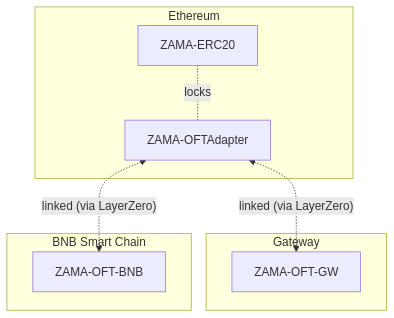
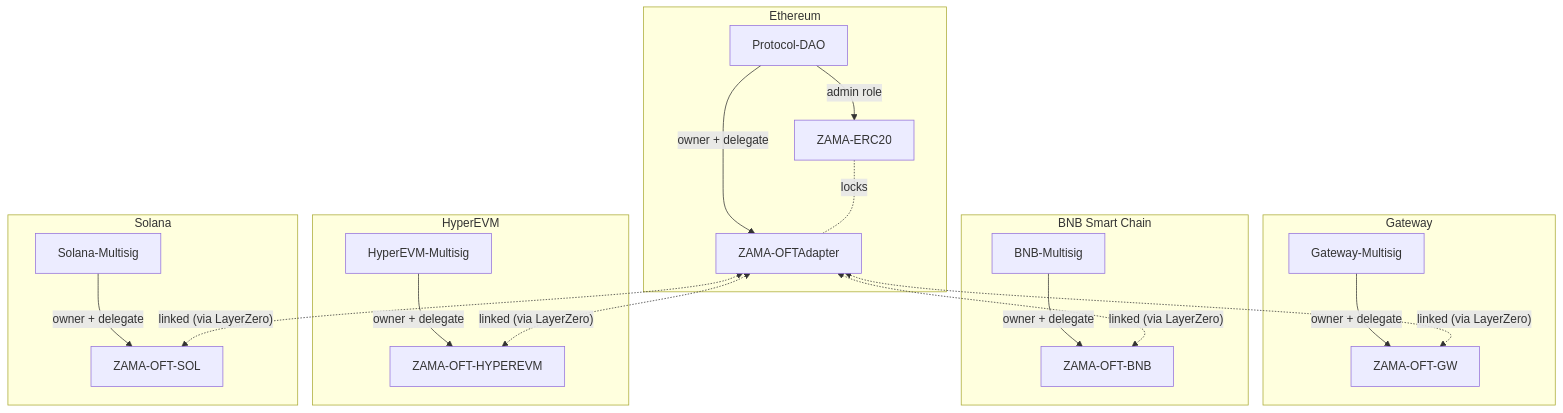
One commit to zama-ai/protocol-apps changed the diagram in docs/zama-token.md. Above: the diagram before and after it, drawn with Mermaid. The commit also changed other lines of this file and 17 other files, not shown here.

Commit message:
docs: improve documentation with (chains, bridges, new diagrams)

````diff
--- a/docs/zama-token.md
+++ b/docs/zama-token.md
@@ -14,19 +18,45 @@
 ```mermaid
 flowchart
     subgraph Ethereum
+        Protocol-DAO
         ZAMA-ERC20
         ZAMA-OFTAdapter
+
+        Protocol-DAO -- admin role --> ZAMA-ERC20
+        Protocol-DAO -- owner + delegate --> ZAMA-OFTAdapter
         ZAMA-ERC20 -. locks .- ZAMA-OFTAdapter
     end
 
     subgraph Gateway
+        Gateway-Multisig
         ZAMA-OFT-GW
+
+        Gateway-Multisig -- owner + delegate --> ZAMA-OFT-GW
     end
 
     subgraph BNB Smart Chain
+        BNB-Multisig
         ZAMA-OFT-BNB
+
+        BNB-Multisig -- owner + delegate --> ZAMA-OFT-BNB
+    end
+
+    subgraph HyperEVM
+        HyperEVM-Multisig
+        ZAMA-OFT-HYPEREVM
+
+        HyperEVM-Multisig -- owner + delegate --> ZAMA-OFT-HYPEREVM
+    end
+
+    subgraph Solana
+        Solana-Multisig
+        ZAMA-OFT-SOL
+
+        Solana-Multisig -- owner + delegate --> ZAMA-OFT-SOL
     end
 
     ZAMA-OFTAdapter <-. linked (via LayerZero) .-> ZAMA-OFT-GW
     ZAMA-OFTAdapter <-. linked (via LayerZero) .-> ZAMA-OFT-BNB
+    ZAMA-OFTAdapter <-. linked (via LayerZero) .-> ZAMA-OFT-HYPEREVM
+    ZAMA-OFTAdapter <-. linked (via LayerZero) .-> ZAMA-OFT-SOL
 ```
````
